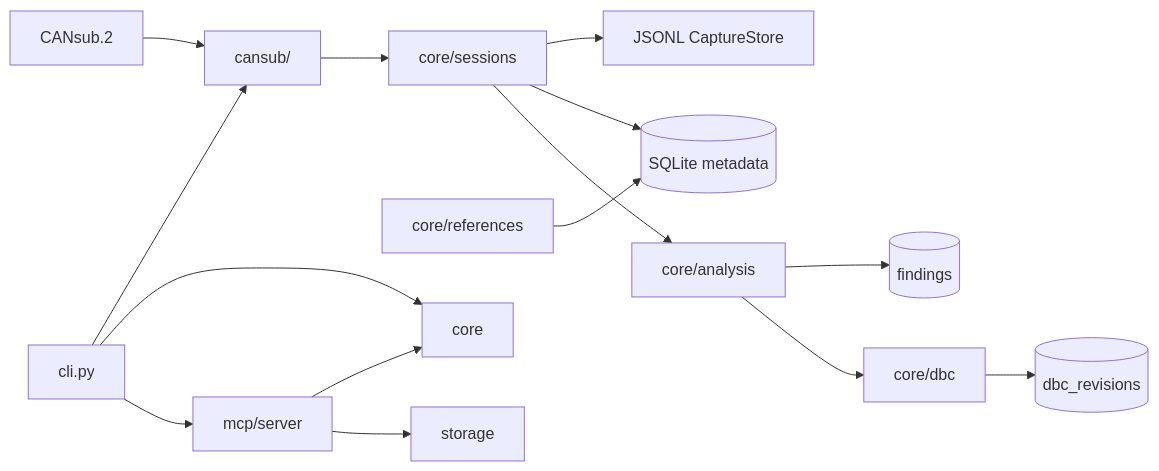
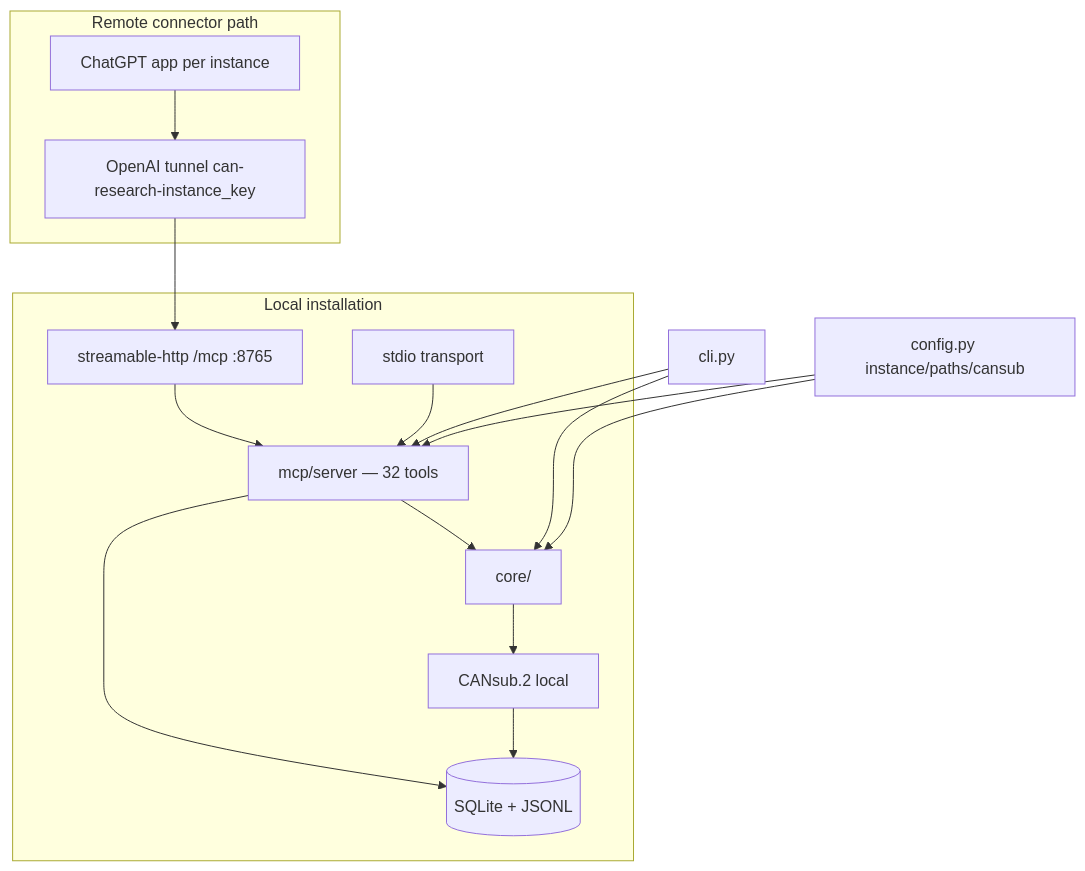
The diagram in docs/ARCHITECTURE.md (Bobson854/can-research), drawn with Mermaid before and after one commit. The commit also changed other lines of this file and 5 other files, not shown here.

````diff
--- a/docs/ARCHITECTURE.md
+++ b/docs/ARCHITECTURE.md
@@ -295,17 +321,27 @@
 ```mermaid
-flowchart LR
-    CANsub[CANsub.2] --> cansub[cansub/]
-    cansub --> sessions[core/sessions]
-    sessions --> store[JSONL CaptureStore]
-    sessions --> sqlite[(SQLite metadata)]
-    sessions --> analysis[core/analysis]
-    analysis --> findings[(findings)]
-    references[core/references] --> sqlite
-    analysis --> dbc[core/dbc]
-    dbc --> revisions[(dbc_revisions)]
-    mcp[mcp/server] --> core
-    mcp --> storage
-    cli[cli.py] --> cansub
-    cli --> core
-    cli --> mcp
+flowchart TB
+    subgraph remote [Remote connector path]
+        ChatGPT[ChatGPT app per instance]
+        Tunnel[OpenAI tunnel can-research-instance_key]
+        ChatGPT --> Tunnel
+    end
+    subgraph local [Local installation]
+        HTTP["streamable-http /mcp :8765"]
+        STDIO[stdio transport]
+        MCP[mcp/server — 32 tools]
+        Core[core/]
+        Store[(SQLite + JSONL)]
+        CANsubHW[CANsub.2 local]
+        Tunnel --> HTTP
+        HTTP --> MCP
+        STDIO --> MCP
+        MCP --> Core
+        MCP --> Store
+        Core --> CANsubHW
+        CANsubHW --> Store
+    end
+    CLI[cli.py] --> Core
+    CLI --> MCP
+    Config[config.py instance/paths/cansub] --> Core
+    Config --> MCP
 ```
````
